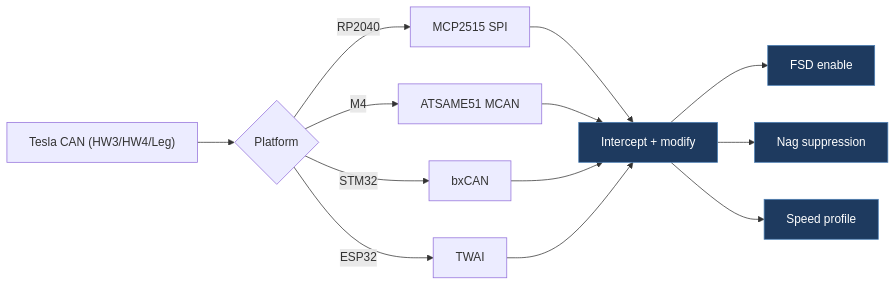
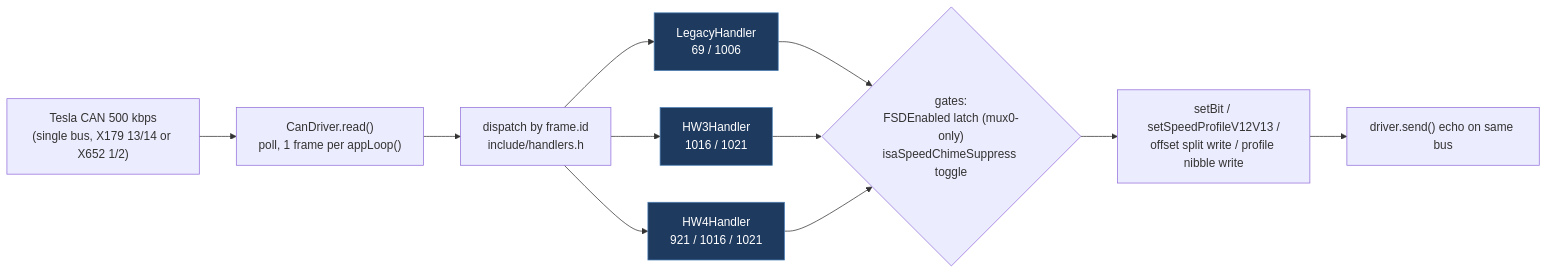
One commit to babico/TeslaCANModder changed the first of 2 diagrams in docs/legacy/nicholasyangyang-my-tt.md. Above: the diagram before and after it, drawn with Mermaid. The commit also changed other lines of this file and 99 other files, not shown here.

````diff
--- a/docs/legacy/nicholasyangyang-my-tt.md
+++ b/docs/legacy/nicholasyangyang-my-tt.md
@@ -19,14 +76,13 @@
 ```mermaid
 flowchart LR
-    Car["Tesla CAN (HW3/HW4/Leg)"] --> HW{"Platform"}
-    HW -->|RP2040| MCP["MCP2515 SPI"]
-    HW -->|M4| MCAN["ATSAME51 MCAN"]
-    HW -->|STM32| BX["bxCAN"]
-    HW -->|ESP32| TWAI["TWAI"]
-    MCP & MCAN & BX & TWAI --> Frame["Intercept + modify"]
-    Frame --> FSD["FSD enable"]
-    Frame --> Nag["Nag suppression"]
-    Frame --> Prof["Speed profile"]
-    classDef path fill:#1e3a5f,stroke:#4a7fb5,color:#fff
-    class Frame,FSD,Nag,Prof path
+    Bus["Tesla CAN 500 kbps<br/>(single bus, X179 13/14 or X652 1/2)"] --> Drv["CanDriver.read()<br/>poll, 1 frame per appLoop()"]
+    Drv --> App["dispatch by frame.id<br/>include/handlers.h"]
+    App --> Leg["LegacyHandler<br/>69 / 1006"]
+    App --> H3["HW3Handler<br/>1016 / 1021"]
+    App --> H4["HW4Handler<br/>921 / 1016 / 1021"]
+    Leg & H3 & H4 --> Gate{"gates:<br/>FSDEnabled latch (mux0-only)<br/>isaSpeedChimeSuppress toggle"}
+    Gate --> Mut["setBit / setSpeedProfileV12V13 /<br/>offset split write / profile nibble write"]
+    Mut --> TX["driver.send() echo on same bus"]
+    classDef vehicle fill:#1e3a5f,stroke:#4a7fb5,color:#fff
+    class Leg,H3,H4 vehicle
 ```
````
